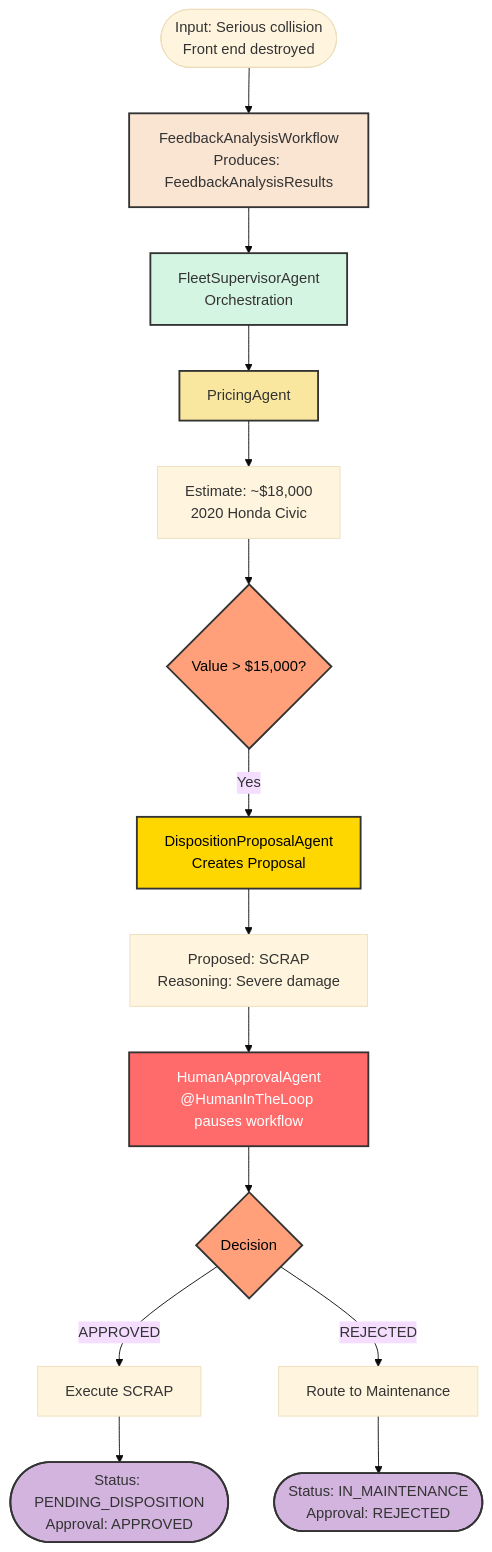
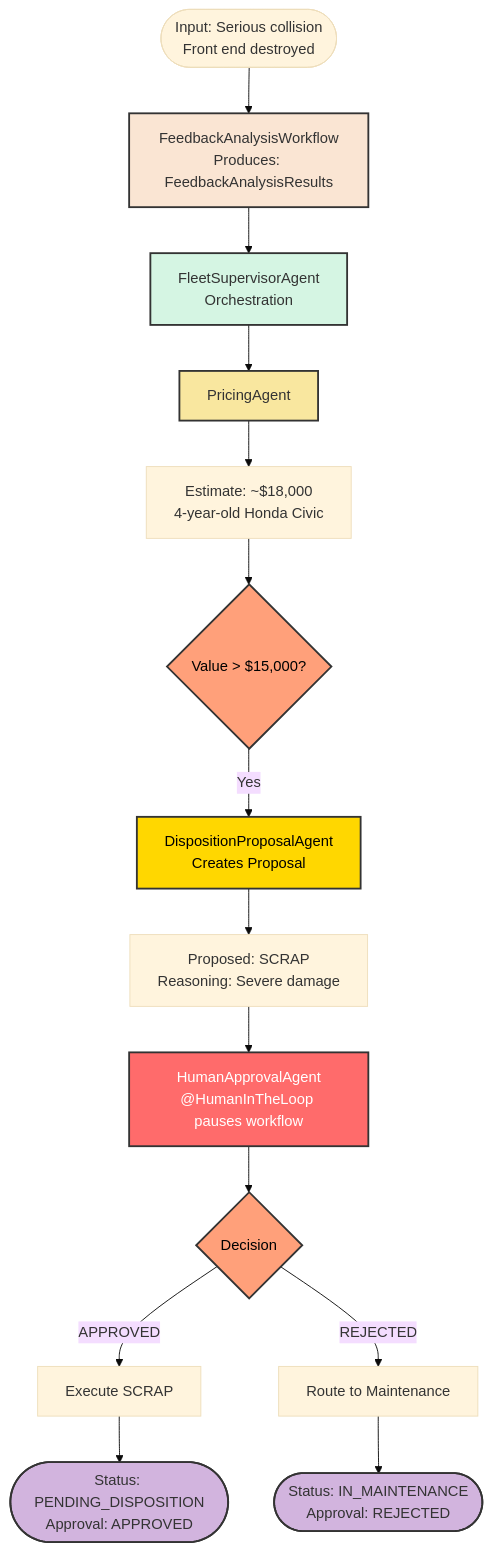
One commit to quarkusio/quarkus-workshop-langchain4j changed the third of 6 diagrams in docs/docs/section-2/step-05.md. Above: the diagram before and after it, drawn with Mermaid (base theme). The commit also changed other lines of this file and 3 other files, not shown here.

````diff
--- a/docs/docs/section-2/step-05.md
+++ b/docs/docs/section-2/step-05.md
@@ -310,32 +310,32 @@
 ```mermaid
 flowchart TD
     Start(["Input: Serious collision<br/>Front end destroyed"])
 
     Start --> FW["FeedbackAnalysisWorkflow<br/>Produces: FeedbackAnalysisResults"]
 
     FW --> FSA["FleetSupervisorAgent<br/>Orchestration"]
     FSA --> PA["PricingAgent"]
-    PA --> Value["Estimate: ~$18,000<br/>2020 Honda Civic"]
+    PA --> Value["Estimate: ~$18,000<br/>4-year-old Honda Civic"]
 
     Value --> Check{"Value > $15,000?"}
     Check -->|Yes| Proposal["DispositionProposalAgent<br/>Creates Proposal"]
     Proposal --> PropResult["Proposed: SCRAP<br/>Reasoning: Severe damage"]
 
     PropResult --> Human["HumanApprovalAgent<br/>@HumanInTheLoop pauses workflow"]
     Human --> Decision{Decision}
     Decision -->|APPROVED| Execute["Execute SCRAP"]
     Decision -->|REJECTED| Fallback["Route to Maintenance"]
 
     Execute --> Result(["Status: PENDING_DISPOSITION<br/>Approval: APPROVED"])
     Fallback --> Result2(["Status: IN_MAINTENANCE<br/>Approval: REJECTED"])
 
     style FW fill:#FAE5D3,stroke:#333,stroke-width:2,color:#333
     style FSA fill:#D5F5E3,stroke:#333,stroke-width:2,color:#333
     style PA fill:#F9E79F,stroke:#333,stroke-width:2,color:#333
     style Proposal fill:#FFD700,stroke:#333,stroke-width:2,color:#000
     style Human fill:#FF6B6B,stroke:#333,stroke-width:2,color:#fff
     style Check fill:#FFA07A,stroke:#333,stroke-width:2,color:#000
     style Decision fill:#FFA07A,stroke:#333,stroke-width:2,color:#000
     style Result fill:#D2B4DE,stroke:#333,stroke-width:2,color:#333
     style Result2 fill:#D2B4DE,stroke:#333,stroke-width:2,color:#333
 ```
````
